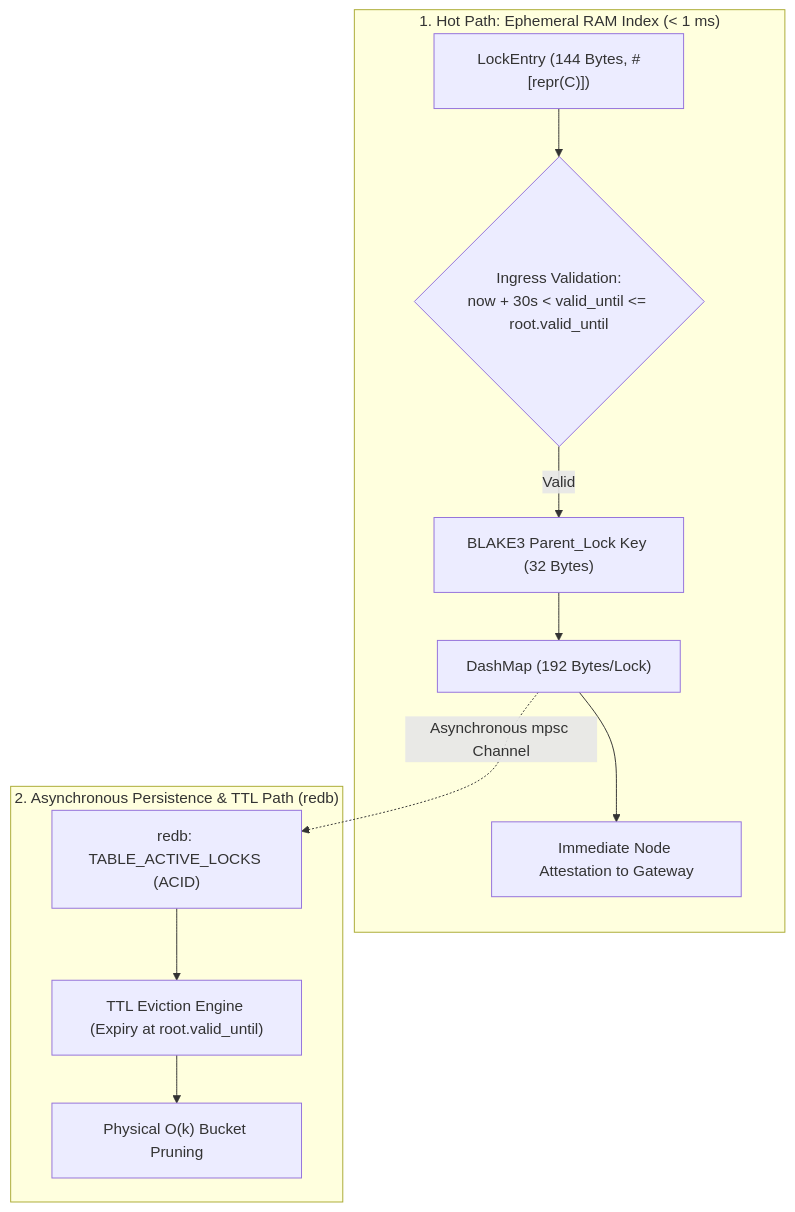
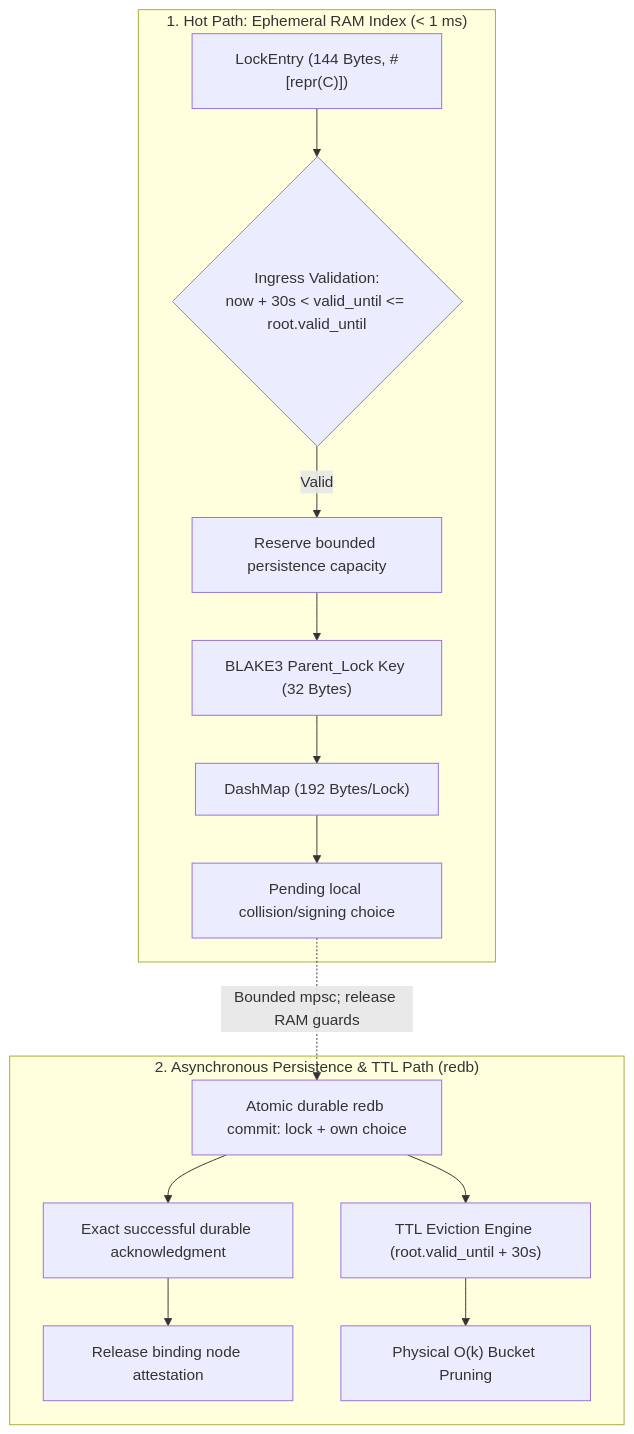
The first of 2 diagrams in docs/12_lock_storage_und_ram_index.md (minutogit/human-money-node), drawn with Mermaid before and after one commit. The commit also changed other lines of this file and 38 other files, not shown here.

First line of the commit message:
feat(arch): consolidate architecture specs and enforce durable-before-vote

````diff
--- a/docs/12_lock_storage_und_ram_index.md
+++ b/docs/12_lock_storage_und_ram_index.md
@@ -14,15 +20,18 @@
 ```mermaid
 flowchart TD
     subgraph HotPath["1. Hot Path: Ephemeral RAM Index (< 1 ms)"]
         Incoming["LockEntry (144 Bytes, #[repr(C)])"] --> IngressCheck{"Ingress Validation:<br>now + 30s < valid_until <= root.valid_until"}
-        IngressCheck -- Valid --> FastHash["BLAKE3 Parent_Lock Key (32 Bytes)"]
+        IngressCheck -- Valid --> Reserve["Reserve bounded persistence capacity"]
+        Reserve --> FastHash["BLAKE3 Parent_Lock Key (32 Bytes)"]
         FastHash --> RamIndex["DashMap<ParentLockKey, StoredLock> (192 Bytes/Lock)"]
-        RamIndex --> PoSResponse["Immediate Node Attestation to Gateway"]
+        RamIndex --> Pending["Pending local collision/signing choice"]
     end
 
     subgraph ColdPath["2. Asynchronous Persistence & TTL Path (redb)"]
-        RamIndex -.->|Asynchronous mpsc Channel| DiskWrite["redb: TABLE_ACTIVE_LOCKS (ACID)"]
-        DiskWrite --> TtlEngine["TTL Eviction Engine (Expiry at root.valid_until)"]
+        Pending -.->|Bounded mpsc; release RAM guards| DiskWrite["Atomic durable redb commit: lock + own choice"]
+        DiskWrite --> Ack["Exact successful durable acknowledgment"]
+        Ack --> PoSResponse["Release binding node attestation"]
+        DiskWrite --> TtlEngine["TTL Eviction Engine (root.valid_until + 30s)"]
         TtlEngine --> Eviction["Physical O(k) Bucket Pruning"]
     end
 ```
````
